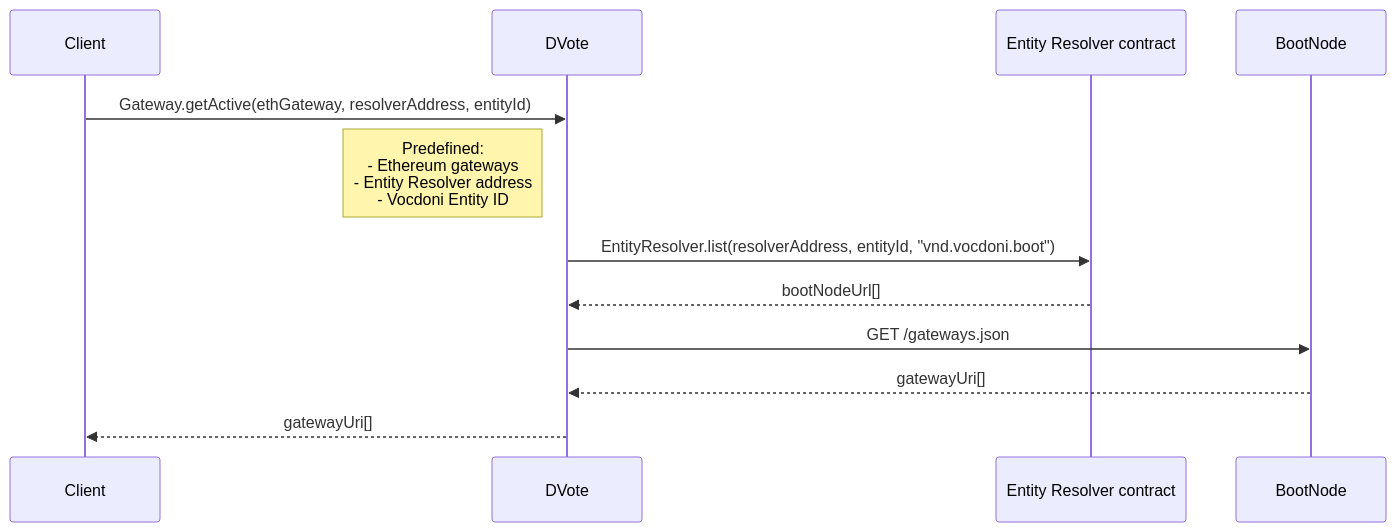
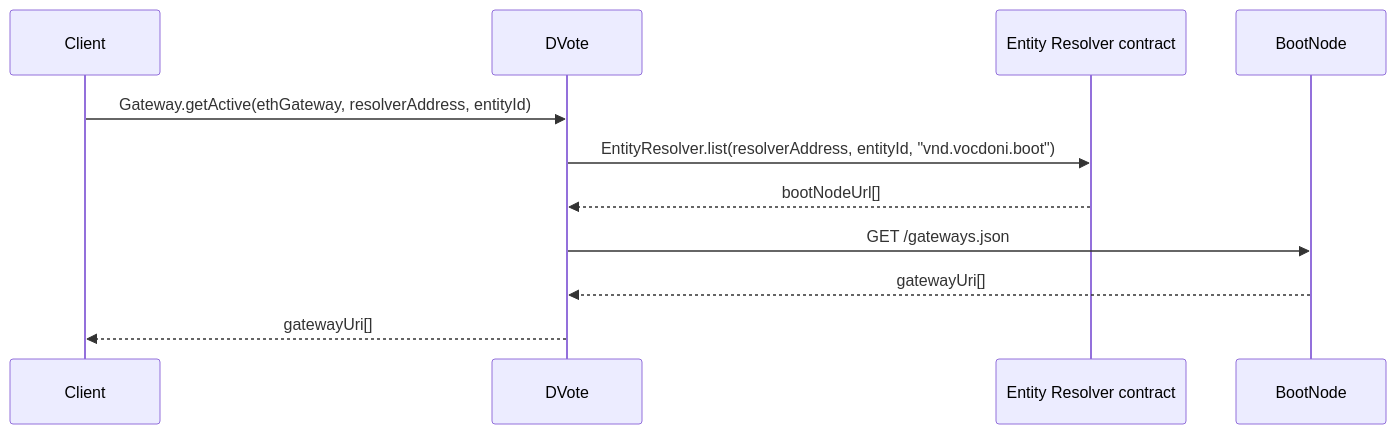
Before and after one commit to vocdoni/docs: the second of 15 diagrams in docs/architecture/sequence-diagrams.md, drawn with Mermaid. The commit also changed other lines of this file, not shown here.

````diff
--- a/docs/architecture/sequence-diagrams.md
+++ b/docs/architecture/sequence-diagrams.md
@@ -96,19 +99,17 @@
 ```mermaid
 
 sequenceDiagram
     participant Client
     participant DV as DVote
     participant ER as Entity Resolver contract
     participant BN as BootNode
 
 
     Client->>DV: Gateway.getActive(ethGateway, resolverAddress, entityId)
-        Note left of DV: Predefined:<br/>- Ethereum gateways<br/>- Entity Resolver address<br/>- Vocdoni Entity ID
-
         DV->>ER: EntityResolver.list(resolverAddress, entityId, "vnd.vocdoni.boot")
         ER-->>DV: bootNodeUrl[]
     
         DV->>BN: GET /gateways.json
         BN-->>DV: gatewayUri[]
     DV-->>Client: gatewayUri[]
 ```
````
